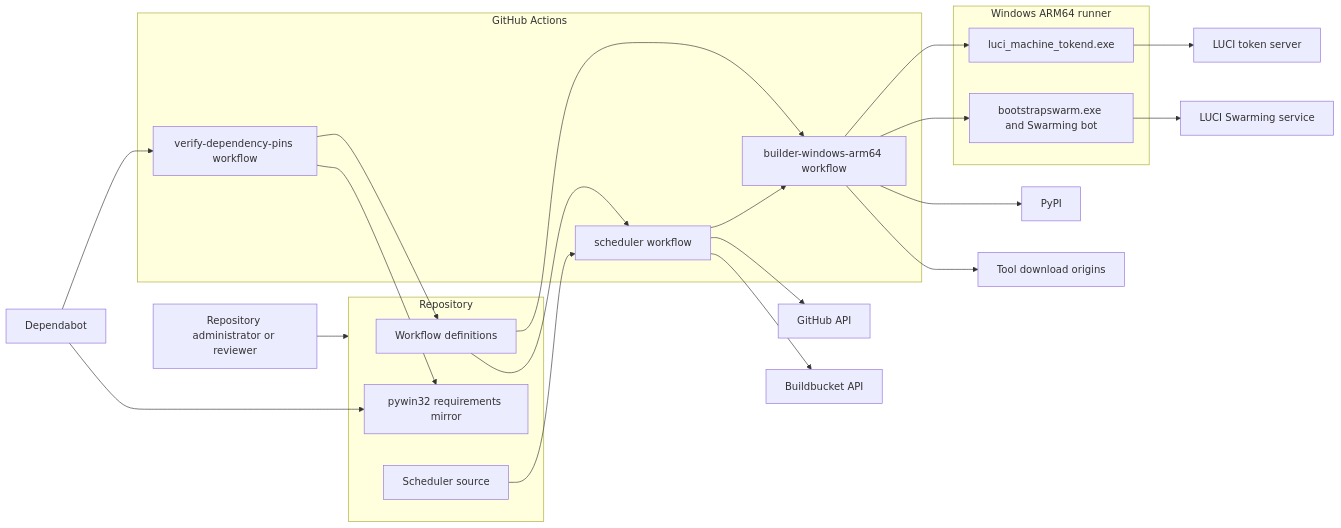
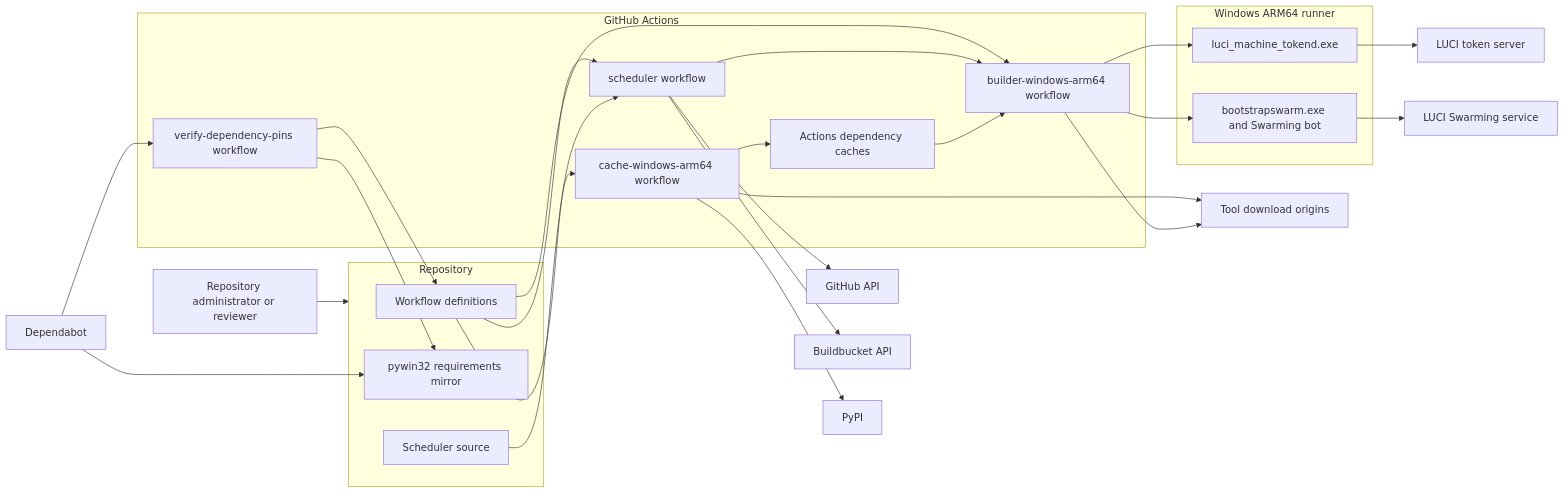
Before and after one commit to qmuntal/gobuilder: the diagram in DESIGN-SECURITY.MD, drawn with Mermaid. The commit also changed other lines of this file and 5 other files, not shown here.

Commit message:
don't write caches from the builder workflow

````diff
--- a/DESIGN-SECURITY.MD
+++ b/DESIGN-SECURITY.MD
@@ -52,47 +54,53 @@
 ```mermaid
 flowchart LR
 	reviewer[Repository administrator or reviewer]
 	dependabot[Dependabot]
 
 	subgraph repo[Repository]
 		workflows[Workflow definitions]
 		requirements[pywin32 requirements mirror]
 		schedulerCode[Scheduler source]
 	end
 
 	subgraph actions[GitHub Actions]
 		scheduler[scheduler workflow]
 		builder[builder-windows-arm64 workflow]
+		cacheWorkflow[cache-windows-arm64 workflow]
+		dependencyCache[Actions dependency caches]
 		verify[verify-dependency-pins workflow]
 	end
 
 	subgraph runner[Windows ARM64 runner]
 		tokend[luci_machine_tokend.exe]
 		swarming[bootstrapswarm.exe and Swarming bot]
 	end
 
 	githubAPI[GitHub API]
 	buildbucket[Buildbucket API]
 	pypi[PyPI]
 	toolDownloads[Tool download origins]
 	luciToken[LUCI token server]
 	swarmingService[LUCI Swarming service]
 
 	reviewer --> repo
 	dependabot --> requirements
 	dependabot --> verify
 	workflows --> scheduler
 	workflows --> builder
+	workflows --> cacheWorkflow
 	schedulerCode --> scheduler
 	scheduler --> githubAPI
 	scheduler --> buildbucket
 	scheduler --> builder
 	verify --> workflows
 	verify --> requirements
-	builder --> pypi
+	cacheWorkflow --> pypi
+	cacheWorkflow --> toolDownloads
+	cacheWorkflow --> dependencyCache
+	dependencyCache --> builder
 	builder --> toolDownloads
 	builder --> tokend
 	tokend --> luciToken
 	builder --> swarming
 	swarming --> swarmingService
 ```
````
